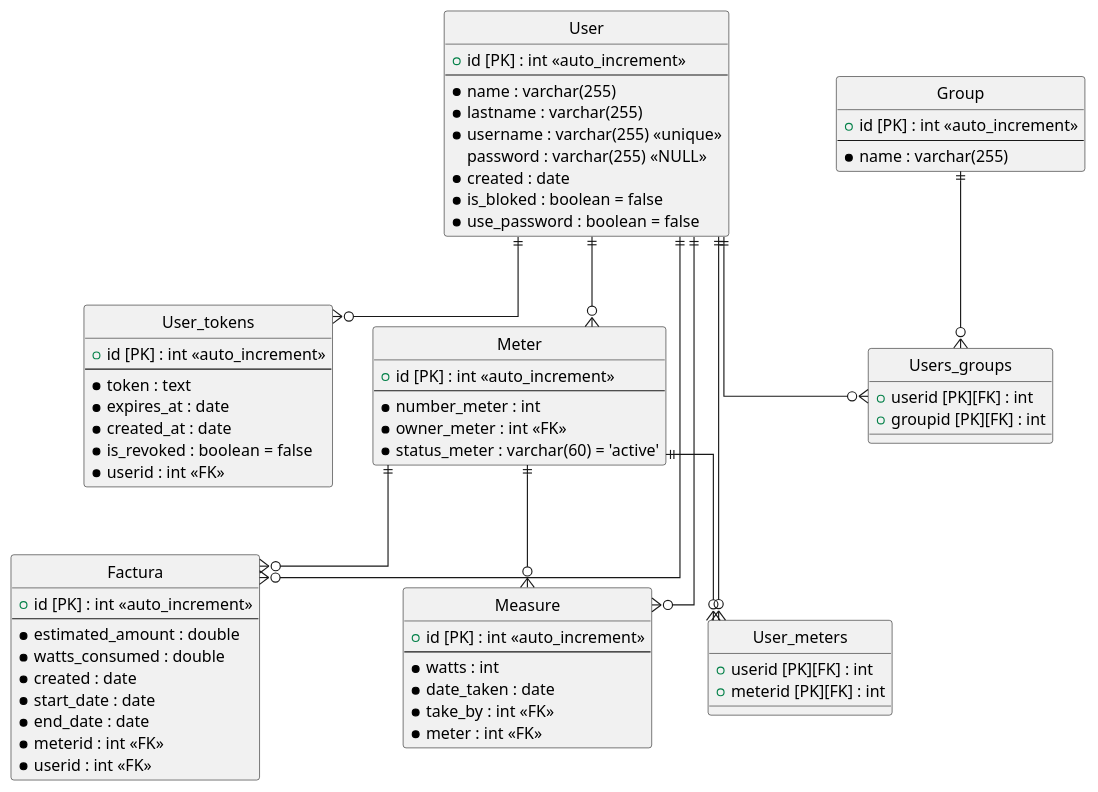
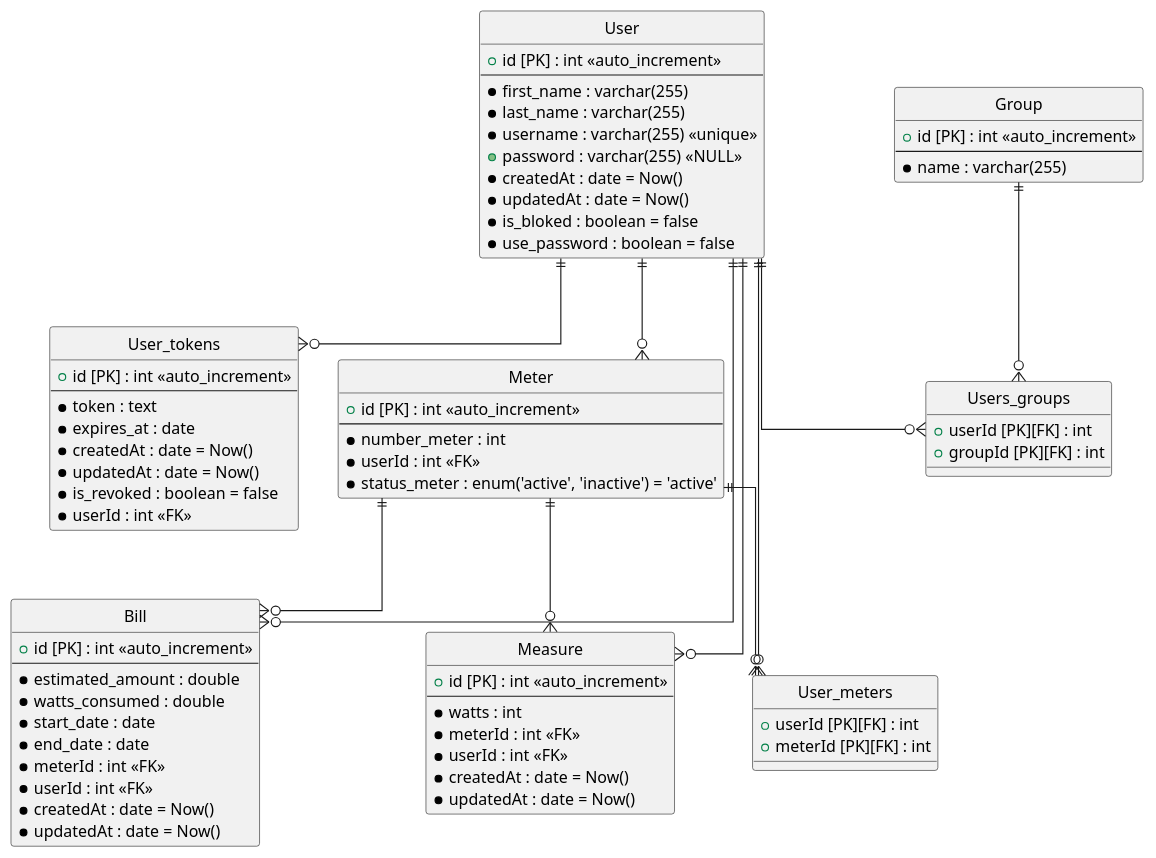
One commit to CascoArcilla/wats-control changed the diagram in data_base.plantuml. Above: the diagram before and after it, drawn with PlantUML. The commit also changed 24 other files, not shown here.

Commit message:
feat: definida la  database schema, relaciones y seeders iniciales

```diff
--- a/data_base.plantuml
+++ b/data_base.plantuml
@@ -1,89 +1,93 @@
 @startuml data_base_er_diagram
 
 ' Configuración visual
 skinparam linetype ortho
 hide circle
 
 entity "User" as user {
   + id [PK] : int <<auto_increment>>
   --
-  * name : varchar(255)
-  * lastname : varchar(255)
+  * first_name : varchar(255)
+  * last_name : varchar(255)
   * username : varchar(255) <<unique>>
-  password : varchar(255) <<NULL>>
-  * created : date
+  + password : varchar(255) <<NULL>>
+  * createdAt : date = Now()
+  * updatedAt : date = Now()
   * is_bloked : boolean = false
   * use_password : boolean = false
 }
 
 entity "Meter" as meter {
   + id [PK] : int <<auto_increment>>
   --
   * number_meter : int
-  * owner_meter : int <<FK>>
-  * status_meter : varchar(60) = 'active'
+  * userId : int <<FK>>
+  * status_meter : enum('active', 'inactive') = 'active'
 }
 
-entity "Factura" as factura {
+entity "Bill" as bill {
   + id [PK] : int <<auto_increment>>
   --
   * estimated_amount : double
   * watts_consumed : double
-  * created : date
   * start_date : date
   * end_date : date
-  * meterid : int <<FK>>
-  * userid : int <<FK>>
+  * meterId : int <<FK>>
+  * userId : int <<FK>>
+  * createdAt : date = Now()
+  * updatedAt : date = Now()
 }
 
 entity "Measure" as measure {
   + id [PK] : int <<auto_increment>>
   --
   * watts : int
-  * date_taken : date
-  * take_by : int <<FK>>
-  * meter : int <<FK>>
+  * meterId : int <<FK>>
+  * userId : int <<FK>>
+  * createdAt : date = Now()
+  * updatedAt : date = Now()
 }
 
 entity "Group" as group {
   + id [PK] : int <<auto_increment>>
   --
   * name : varchar(255)
 }
 
 entity "User_tokens" as token {
   + id [PK] : int <<auto_increment>>
   --
   * token : text
   * expires_at : date
-  * created_at : date
+  * createdAt : date = Now()
+  * updatedAt : date = Now()
   * is_revoked : boolean = false
-  * userid : int <<FK>>
+  * userId : int <<FK>>
 }
 
 ' Tablas Intermedias (Many-to-Many)
 entity "Users_groups" as user_group {
-  + userid [PK][FK] : int
-  + groupid [PK][FK] : int
+  + userId [PK][FK] : int
+  + groupId [PK][FK] : int
 }
 
 entity "User_meters" as user_meter {
-  + userid [PK][FK] : int
-  + meterid [PK][FK] : int
+  + userId [PK][FK] : int
+  + meterId [PK][FK] : int
 }
 
 ' Relaciones basadas en los ALTER TABLE
 user ||--o{ token
-user ||--o{ factura
+user ||--o{ bill
 user ||--o{ meter
 user ||--o{ measure
 user ||--o{ user_group
 user ||--o{ user_meter
 
 group ||--o{ user_group
 
-meter ||--o{ factura
+meter ||--o{ bill
 meter ||--o{ measure
 meter ||--o{ user_meter
 
 @enduml
```
